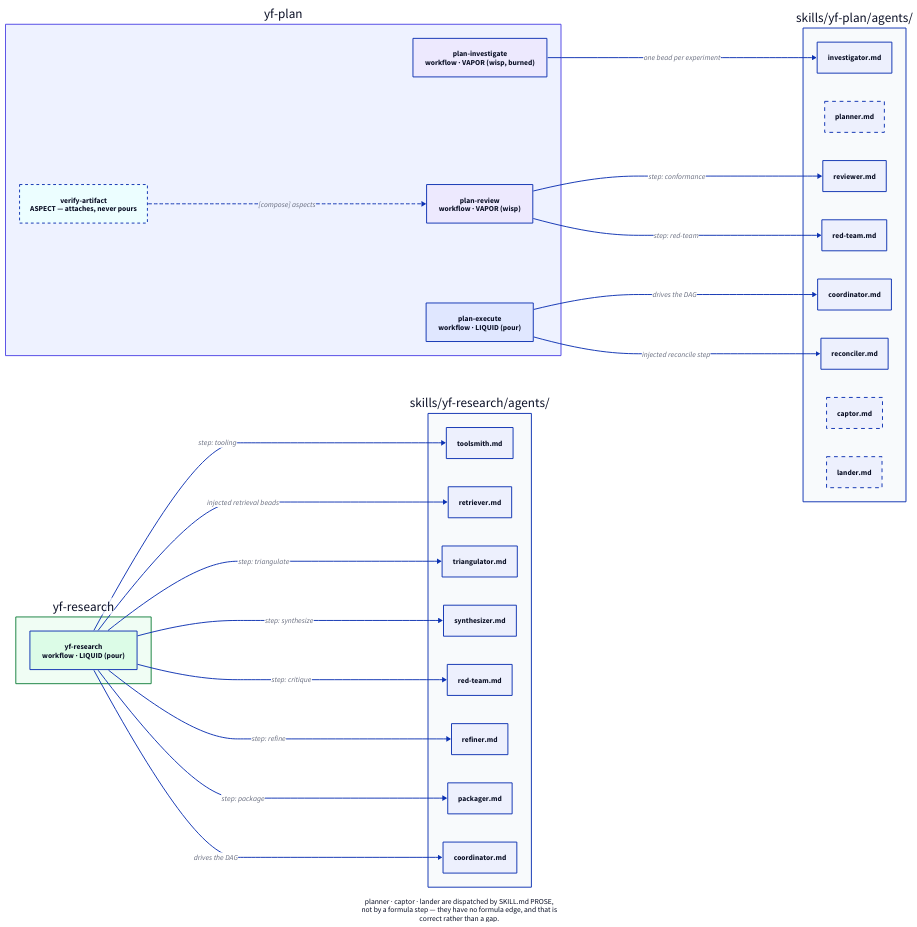
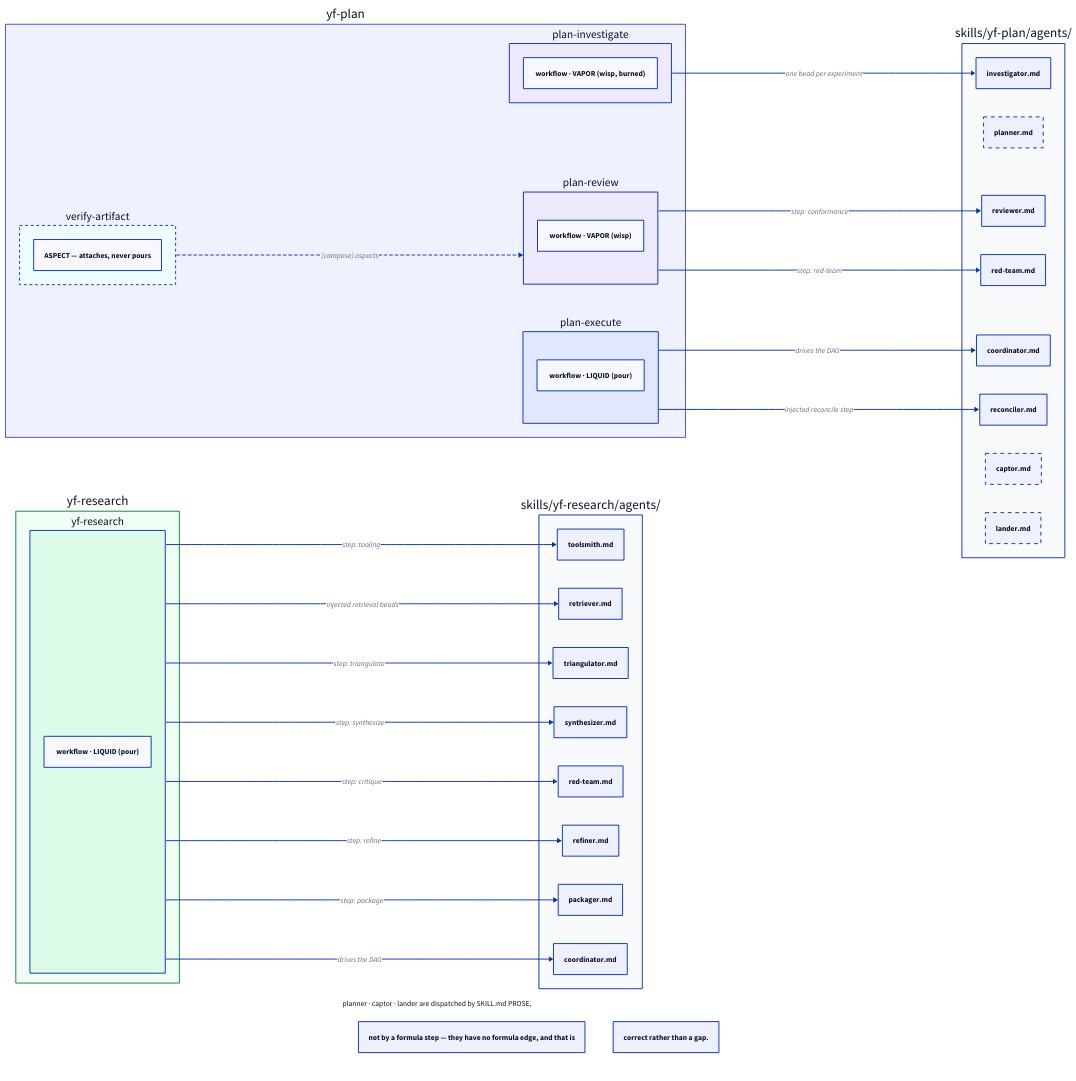
One commit to dixson3/yoshiko-flow changed the diagram in web/content/images/formulas-map.d2. Above: the diagram before and after it, drawn with D2. The commit also changed 46 other files, not shown here.

First line of the commit message:
plan-067 Epic 7 (7.0-7.7): the diagram restyle

```diff
--- a/web/content/images/formulas-map.d2
+++ b/web/content/images/formulas-map.d2
@@ -1,102 +1,109 @@
 # The skills / agents -> formulas map (#373).
 #
 # WHICH SKILL OWNS WHICH FORMULA, and WHICH AGENT each formula's steps dispatch. This replaces
 # the former generic `formulas.d2` ER meta-diagram: that drawing explained what a formula IS,
 # which the formulas page already says in prose, and answered none of the questions a reader
 # actually arrives with — who owns this, what does it pour, and who runs each step.
 #
 # Sources of truth: skills/*/formulas/*.formula.toml (the `[[steps]]` and their descriptions)
 # and skills/*/agents/*.md (the dispatched subagents).
 direction: right
 
 yfplan: {
   label: "yf-plan"
   style.fill: "#eef2ff"
   style.stroke: "#4f46e5"
 
   execute: {
-    label: "plan-execute\nworkflow · LIQUID (pour)"
+    label: "plan-execute"
+    workflow_liquid_pour: "workflow · LIQUID (pour)"
     shape: rectangle
     style.fill: "#e0e7ff"
   }
   investigate: {
-    label: "plan-investigate\nworkflow · VAPOR (wisp, burned)"
+    label: "plan-investigate"
+    workflow_vapor_wisp_burned: "workflow · VAPOR (wisp, burned)"
     shape: rectangle
     style.fill: "#ede9fe"
   }
   review: {
-    label: "plan-review\nworkflow · VAPOR (wisp)"
+    label: "plan-review"
+    workflow_vapor_wisp: "workflow · VAPOR (wisp)"
     shape: rectangle
     style.fill: "#ede9fe"
   }
   verify: {
-    label: "verify-artifact\nASPECT — attaches, never pours"
+    label: "verify-artifact"
+    aspect_attaches_never_pours: "ASPECT — attaches, never pours"
     shape: rectangle
     style.fill: "#ecfeff"
     style.stroke-dash: 3
   }
 }
 
 yfresearch: {
   label: "yf-research"
   style.fill: "#f0fdf4"
   style.stroke: "#15803d"
 
   research: {
-    label: "yf-research\nworkflow · LIQUID (pour)"
+    label: "yf-research"
+    workflow_liquid_pour: "workflow · LIQUID (pour)"
     shape: rectangle
     style.fill: "#dcfce7"
   }
 }
 
 plan_agents: {
   label: "skills/yf-plan/agents/"
   style.fill: "#f8fafc"
   investigator: "investigator.md"
   planner: "planner.md"
   reviewer: "reviewer.md"
   redteam: "red-team.md"
   coordinator: "coordinator.md"
   reconciler: "reconciler.md"
   captor: "captor.md"
   lander: "lander.md"
 }
 
 research_agents: {
   label: "skills/yf-research/agents/"
   style.fill: "#f8fafc"
   toolsmith: "toolsmith.md"
   retriever: "retriever.md"
   triangulator: "triangulator.md"
   synthesizer: "synthesizer.md"
   redteam: "red-team.md"
   refiner: "refiner.md"
   packager: "packager.md"
   coordinator: "coordinator.md"
 }
 
 yfplan.investigate -> plan_agents.investigator: "one bead per experiment"
 yfplan.review -> plan_agents.reviewer: "step: conformance"
 yfplan.review -> plan_agents.redteam: "step: red-team"
 yfplan.execute -> plan_agents.coordinator: "drives the DAG"
 yfplan.execute -> plan_agents.reconciler: "injected reconcile step"
 yfplan.verify -> yfplan.review: "[compose] aspects" { style.stroke-dash: 3 }
 
 plan_agents.planner: {style.stroke-dash: 4}
 plan_agents.captor: {style.stroke-dash: 4}
 plan_agents.lander: {style.stroke-dash: 4}
 
 note: {
-  label: "planner · captor · lander are dispatched by SKILL.md PROSE,\nnot by a formula step — they have no formula edge, and that is\ncorrect rather than a gap."
+  label: "planner · captor · lander are dispatched by SKILL.md PROSE,"
+  not_by_a_formula_step_they_h: "not by a formula step — they have no formula edge, and that is"
+  correct_rather_than_a_gap: "correct rather than a gap."
   shape: text
   near: bottom-center
 }
 
 yfresearch.research -> research_agents.toolsmith: "step: tooling"
 yfresearch.research -> research_agents.retriever: "injected retrieval beads"
 yfresearch.research -> research_agents.triangulator: "step: triangulate"
 yfresearch.research -> research_agents.synthesizer: "step: synthesize"
 yfresearch.research -> research_agents.redteam: "step: critique"
 yfresearch.research -> research_agents.refiner: "step: refine"
 yfresearch.research -> research_agents.packager: "step: package"
 yfresearch.research -> research_agents.coordinator: "drives the DAG"
```
